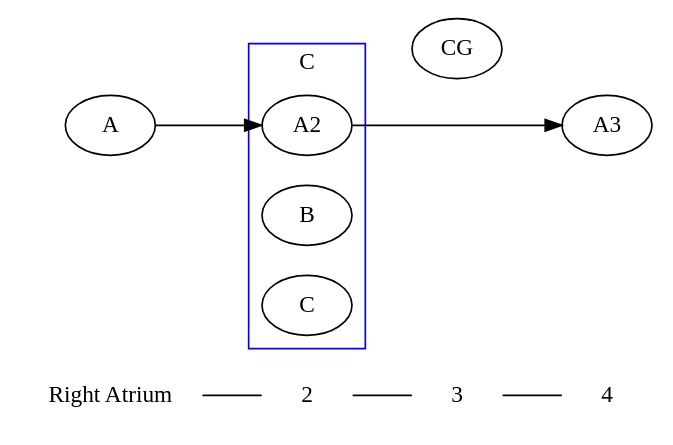
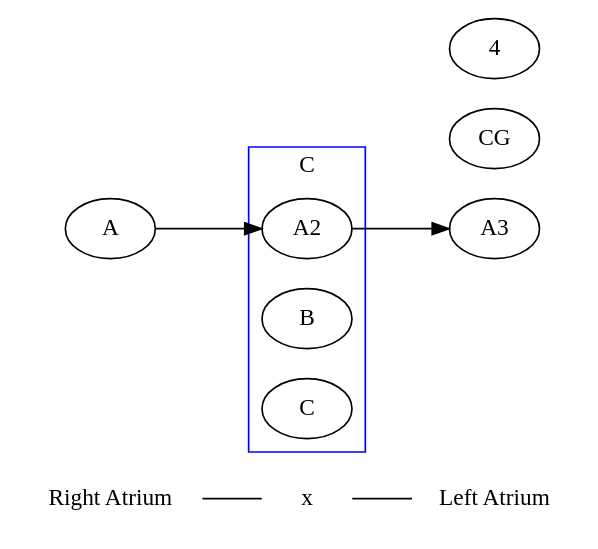
One commit to meirisoda/school_spring2024 changed the second of 2 diagrams in NURS380_Practicum/Topics/EKG/EKG and Rhythms.md. Above: the diagram before and after it, drawn with Graphviz.

Commit message:
vault backup: 2024-02-19 17:40:27

````diff
--- a/NURS380_Practicum/Topics/EKG/EKG and Rhythms.md
+++ b/NURS380_Practicum/Topics/EKG/EKG and Rhythms.md
@@ -209,27 +209,29 @@
 ```dot
 digraph g{
 	rankdir = LR;
 	node [shape = none]
-	1 [label="Right Atrium"]
+	1 [label="Right Atrium"];
+	2 [label="x"];
+	3 [label="Left Atrium"];
 	
-	1->2->3->4[arrowhead=none]
+	1->2->3[arrowhead=none]
 	
 	node [shape = ellipse]
 	
 	A->A2->A3;
 	
 	subgraph clusterCG{
 	shape = rect;
 	rank=same;
 	A2;
 	B;
 	C;
 	color=blue;
 	label="C";
 	}
 	
 	{ rank=same; 1; A;}
 	{ rank=same; 3; CG;}
 	{ rank=same; 4; A3;}
 }
 ```
````
